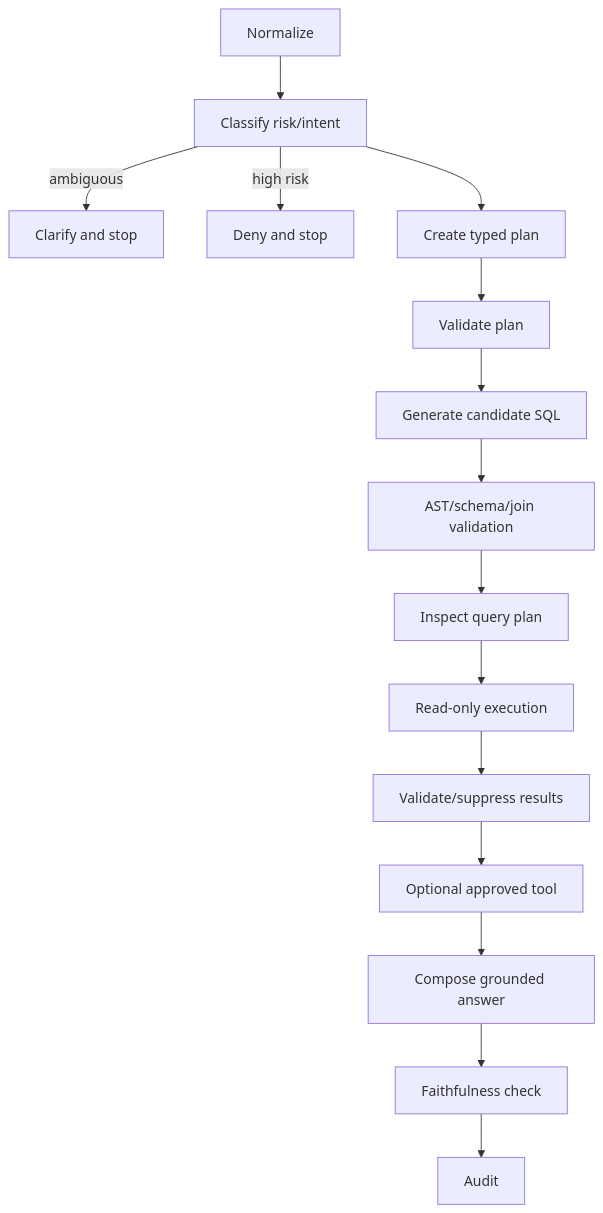
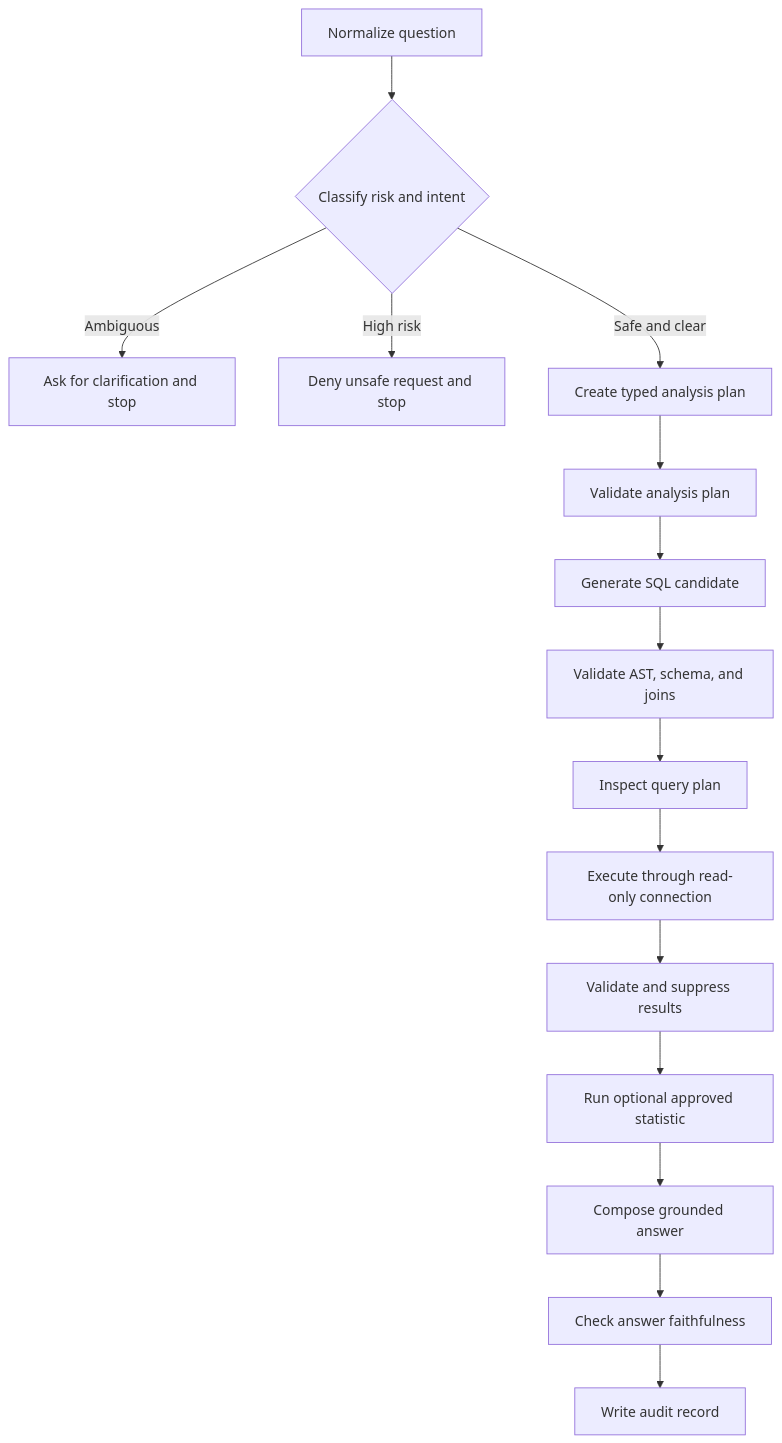
One commit to vdeeplearning/agentic_healthcare_SQL_analyst changed the second of 3 diagrams in README.md. Above: the diagram before and after it, drawn with Mermaid.

Commit message:
Fix GitHub Mermaid workflow rendering

````diff
--- a/README.md
+++ b/README.md
@@ -177,9 +177,33 @@
 ```mermaid
 flowchart TD
- N["Normalize"] --> C["Classify risk/intent"]
- C -->|ambiguous| CL["Clarify and stop"]
- C -->|high risk| D["Deny and stop"]
- C --> P["Create typed plan"] --> PV["Validate plan"] --> SQL["Generate candidate SQL"]
- SQL --> SV["AST/schema/join validation"] --> EP["Inspect query plan"] --> EX["Read-only execution"]
- EX --> RV["Validate/suppress results"] --> ST["Optional approved tool"] --> GA["Compose grounded answer"] --> FV["Faithfulness check"] --> AU["Audit"]
+ N["Normalize question"]
+ C{"Classify risk and intent"}
+ CL["Ask for clarification and stop"]
+ D["Deny unsafe request and stop"]
+ P["Create typed analysis plan"]
+ PV["Validate analysis plan"]
+ QG["Generate SQL candidate"]
+ SV["Validate AST, schema, and joins"]
+ EP["Inspect query plan"]
+ EX["Execute through read-only connection"]
+ RV["Validate and suppress results"]
+ ST["Run optional approved statistic"]
+ GA["Compose grounded answer"]
+ FV["Check answer faithfulness"]
+ AU["Write audit record"]
+
+ N --> C
+ C -- "Ambiguous" --> CL
+ C -- "High risk" --> D
+ C -- "Safe and clear" --> P
+ P --> PV
+ PV --> QG
+ QG --> SV
+ SV --> EP
+ EP --> EX
+ EX --> RV
+ RV --> ST
+ ST --> GA
+ GA --> FV
+ FV --> AU
 ```
````
